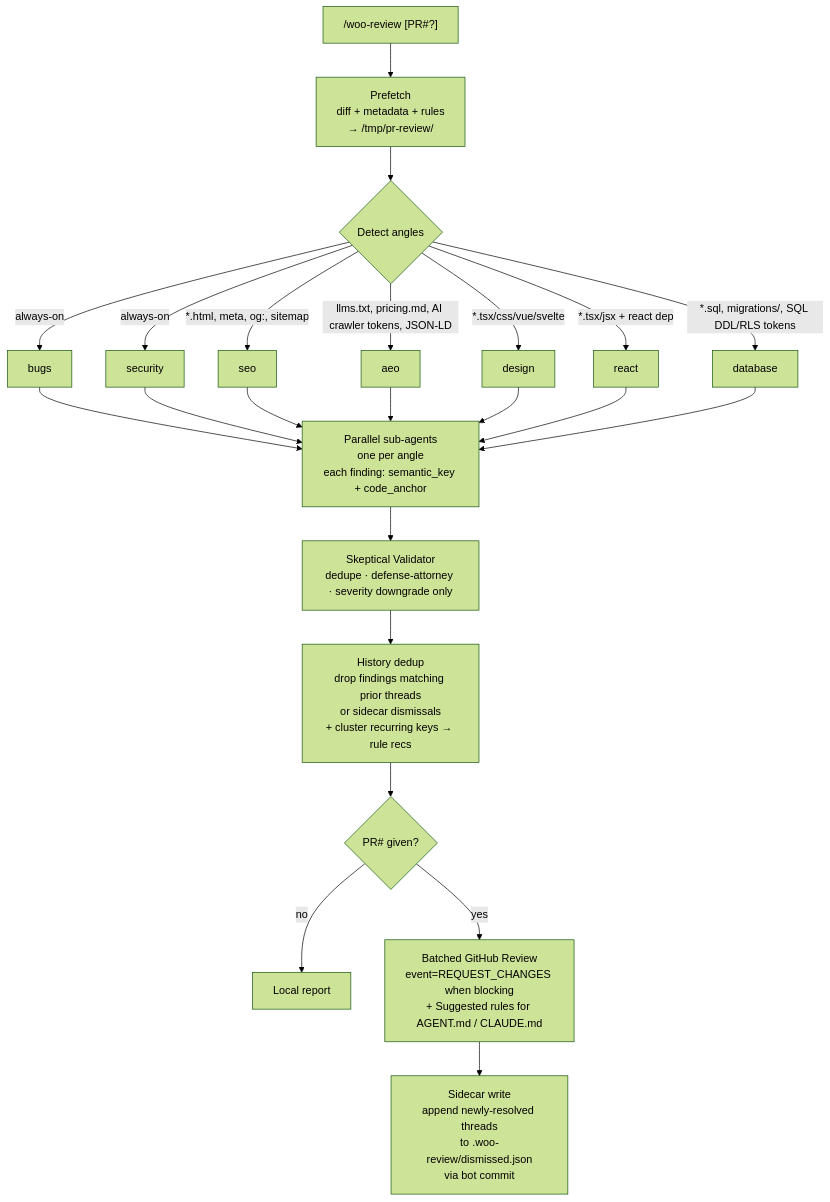
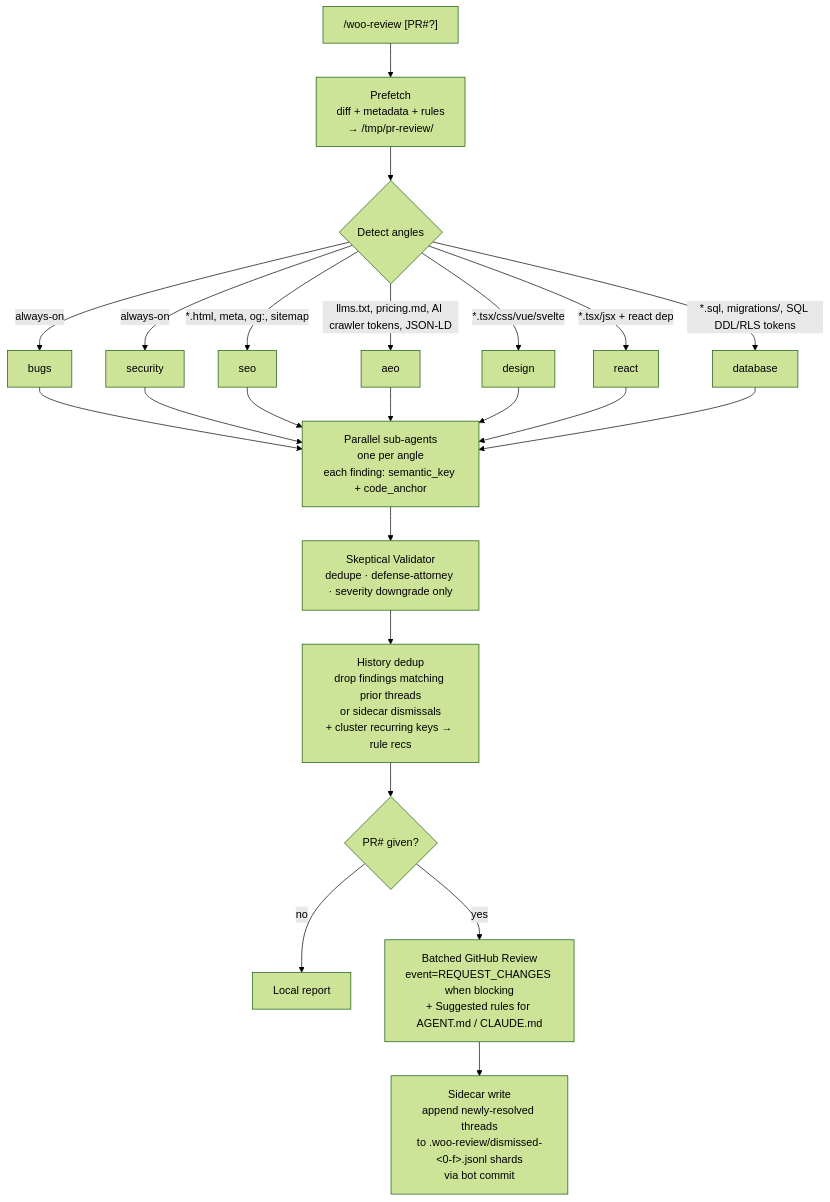
One commit to howarewoo/woo-review changed the diagram in README.md. Above: the diagram before and after it, drawn with Mermaid (forest theme). The commit also changed other lines of this file and 4 other files, not shown here.

First line of the commit message:
fix(sidecar): address PR #44 review round 2

````diff
--- a/README.md
+++ b/README.md
@@ -53,19 +53,19 @@
 ```mermaid
 flowchart TD
     A["/woo-review [PR#?]"] --> B[Prefetch<br/>diff + metadata + rules<br/>→ /tmp/pr-review/]
     B --> C{Detect angles}
     C -->|always-on| D1[bugs]
     C -->|always-on| D2[security]
     C -->|*.html, meta, og:, sitemap| D3[seo]
     C -->|llms.txt, pricing.md, AI crawler tokens, JSON-LD| D3a[aeo]
     C -->|*.tsx/css/vue/svelte| D4[design]
     C -->|*.tsx/jsx + react dep| D6[react]
     C -->|*.sql, migrations/, SQL DDL/RLS tokens| D7[database]
     D1 & D2 & D3 & D3a & D4 & D6 & D7 --> E[Parallel sub-agents<br/>one per angle<br/>each finding: semantic_key + code_anchor]
     E --> F[Skeptical Validator<br/>dedupe · defense-attorney · severity downgrade only]
     F --> F2[History dedup<br/>drop findings matching prior threads<br/>or sidecar dismissals<br/>+ cluster recurring keys → rule recs]
     F2 --> G{PR# given?}
     G -->|no| H[Local report]
     G -->|yes| I[Batched GitHub Review<br/>event=REQUEST_CHANGES when blocking<br/>+ Suggested rules for AGENT.md / CLAUDE.md]
-    I --> J[Sidecar write<br/>append newly-resolved threads<br/>to .woo-review/dismissed.json<br/>via bot commit]
+    I --> J[Sidecar write<br/>append newly-resolved threads<br/>to .woo-review/dismissed-&lt;0-f&gt;.jsonl shards<br/>via bot commit]
 ```
````
